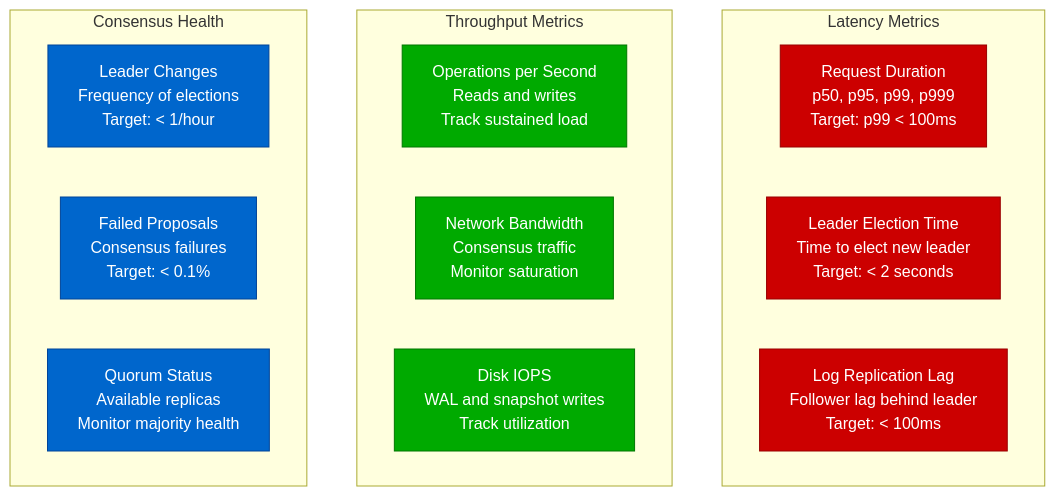
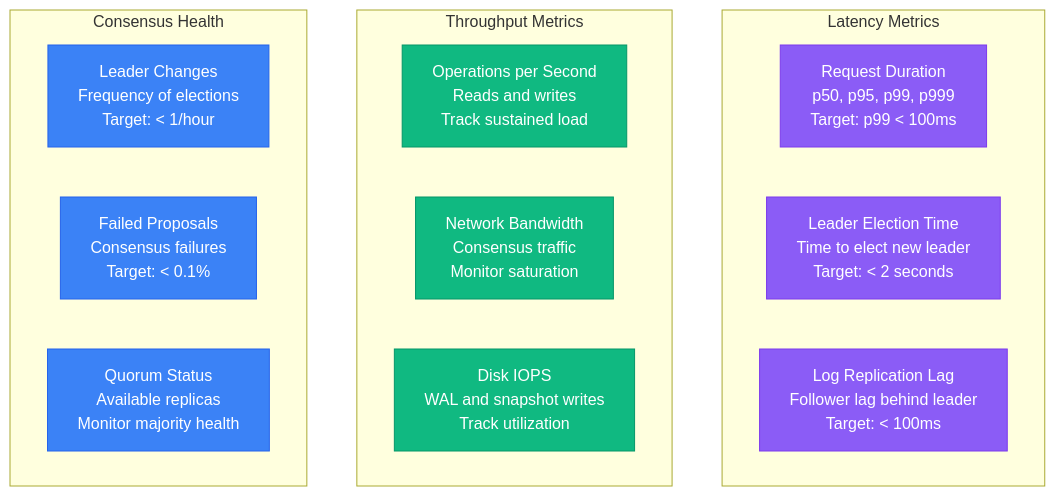
One commit to deepaucksharma/DS changed the ninth of 10 diagrams in site/docs/guarantees/linearizability/linearizability-performance.md. Above: the diagram before and after it, drawn with Mermaid. The commit also changed other lines of this file and 303 other files, not shown here.

````diff
--- a/site/docs/guarantees/linearizability/linearizability-performance.md
+++ b/site/docs/guarantees/linearizability/linearizability-performance.md
@@ -341,28 +341,28 @@
 ```mermaid
 graph TB
     subgraph LatencyMetrics[Latency Metrics]
         LM1[Request Duration<br/>p50, p95, p99, p999<br/>Target: p99 < 100ms]
         LM2[Leader Election Time<br/>Time to elect new leader<br/>Target: < 2 seconds]
         LM3[Log Replication Lag<br/>Follower lag behind leader<br/>Target: < 100ms]
     end
 
     subgraph ThroughputMetrics[Throughput Metrics]
         TM1[Operations per Second<br/>Reads and writes<br/>Track sustained load]
         TM2[Network Bandwidth<br/>Consensus traffic<br/>Monitor saturation]
         TM3[Disk IOPS<br/>WAL and snapshot writes<br/>Track utilization]
     end
 
     subgraph ConsensusMetrics[Consensus Health]
         CM1[Leader Changes<br/>Frequency of elections<br/>Target: < 1/hour]
         CM2[Failed Proposals<br/>Consensus failures<br/>Target: < 0.1%]
         CM3[Quorum Status<br/>Available replicas<br/>Monitor majority health]
     end
 
-    classDef latencyStyle fill:#CC0000,stroke:#990000,color:#fff
-    classDef throughputStyle fill:#00AA00,stroke:#007700,color:#fff
-    classDef consensusStyle fill:#0066CC,stroke:#004499,color:#fff
+    classDef latencyStyle fill:#8B5CF6,stroke:#7C3AED,color:#fff
+    classDef throughputStyle fill:#10B981,stroke:#059669,color:#fff
+    classDef consensusStyle fill:#3B82F6,stroke:#2563EB,color:#fff
 
     class LM1,LM2,LM3 latencyStyle
     class TM1,TM2,TM3 throughputStyle
     class CM1,CM2,CM3 consensusStyle
 ```
````
